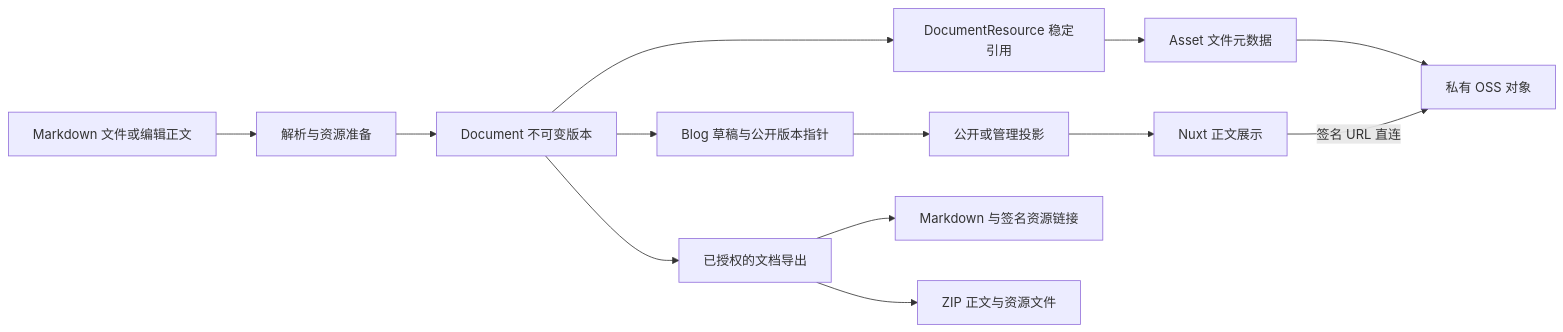
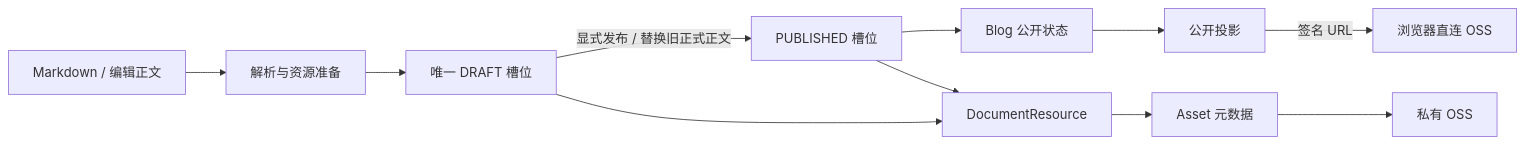
One commit to WKING66/mai-s-portfolio changed the first of 7 diagrams in resources/architecture/document-import-export.md. Above: the diagram before and after it, drawn with Mermaid. The commit also changed other lines of this file and 76 other files, not shown here.

Commit message:
refactor(backend-blog): align document draft and publication lifecycle

````diff
--- a/resources/architecture/document-import-export.md
+++ b/resources/architecture/document-import-export.md
@@ -9,15 +19,13 @@
 ```mermaid
 flowchart LR
-    input[Markdown 文件或编辑正文] --> prepare[解析与资源准备]
-    prepare --> doc[Document 不可变版本]
-    doc --> blog[Blog 草稿与公开版本指针]
-    doc --> relation[DocumentResource 稳定引用]
-    relation --> asset[Asset 文件元数据]
-    asset --> oss[私有 OSS 对象]
-    blog --> projection[公开或管理投影]
-    projection --> nuxt[Nuxt 正文展示]
-    nuxt -->|签名 URL 直连| oss
-    doc --> export[已授权的文档导出]
-    export --> md[Markdown 与签名资源链接]
-    export --> zip[ZIP 正文与资源文件]
+    input[Markdown / 编辑正文] --> prepare[解析与资源准备]
+    prepare --> draft[唯一 DRAFT 槽位]
+    draft -->|显式发布 / 替换旧正式正文| formal[PUBLISHED 槽位]
+    formal --> visible[Blog 公开状态]
+    draft --> relation[DocumentResource]
+    formal --> relation
+    relation --> asset[Asset 元数据]
+    asset --> oss[私有 OSS]
+    visible --> view[公开投影]
+    view -->|签名 URL| browser[浏览器直连 OSS]
 ```
````
